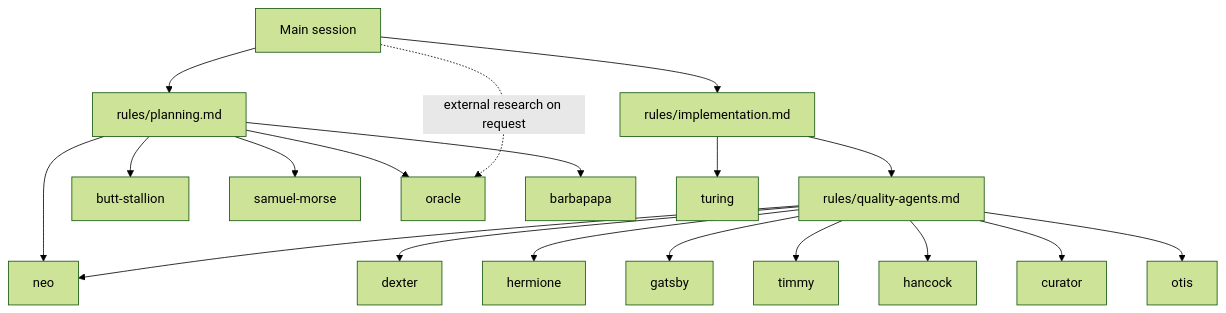
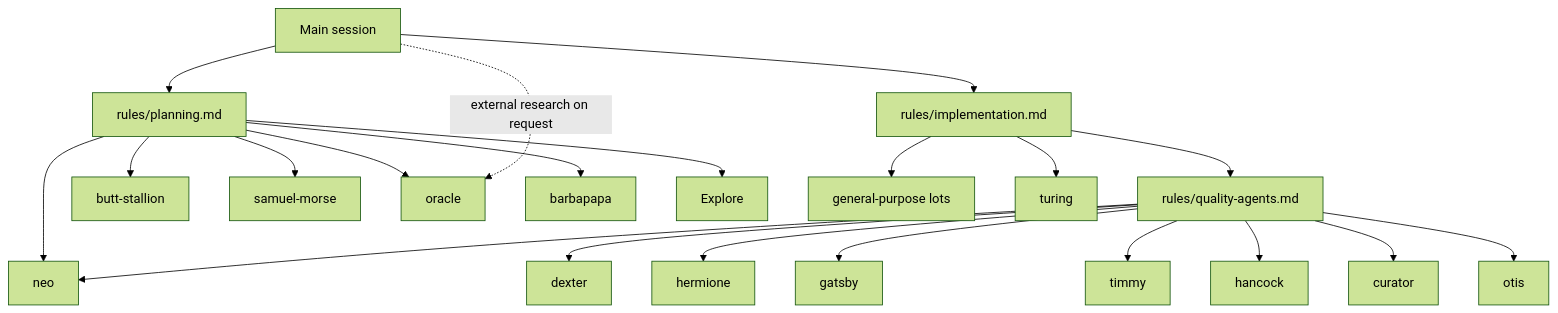
Before and after one commit to ThibaultAuge/myAgents: the first of 2 diagrams in README.md, drawn with Mermaid (forest theme). The commit also changed other lines of this file and 6 other files, not shown here.

````diff
--- a/README.md
+++ b/README.md
@@ -62,43 +62,47 @@
 ```mermaid
 flowchart TD
     Session[Main session]
     Planning[rules/planning.md]
     Implementation[rules/implementation.md]
     Quality[rules/quality-agents.md]
 
     Butt[butt-stallion]
     Samuel[samuel-morse]
     Oracle[oracle]
     Barbapapa[barbapapa]
+    Explore[Explore]
+    Lots[general-purpose lots]
     Neo[neo]
     Dexter[dexter]
     Hermione[hermione]
     Gatsby[gatsby]
     Timmy[timmy]
     Hancock[hancock]
     Curator[curator]
     Otis[otis]
     Turing[turing]
 
     Session --> Planning
     Session --> Implementation
     Implementation --> Quality
+    Implementation --> Lots
 
     Planning --> Butt
     Planning --> Samuel
     Planning --> Neo
     Planning --> Oracle
     Planning --> Barbapapa
+    Planning --> Explore
 
     Quality --> Dexter
     Quality --> Hermione
     Quality --> Gatsby
     Quality --> Timmy
     Quality --> Neo
     Quality --> Hancock
     Quality --> Curator
     Quality --> Otis
 
     Implementation --> Turing
     Session -. external research on request .-> Oracle
 ```
````
